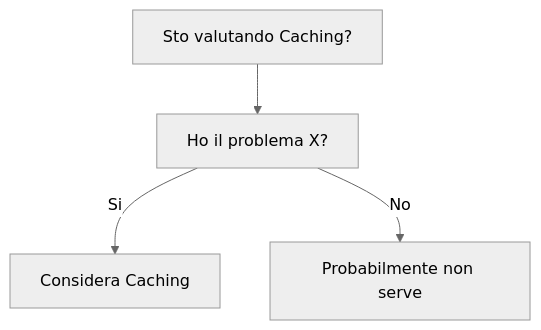
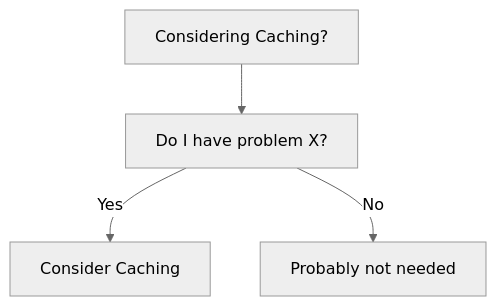
Before and after one commit to HxT9/Software-Dev-Wiki: the diagram in dev-wiki/11_Performance/Caching/When_To_Use.md, drawn with Mermaid (neutral theme). The commit also changed other lines of this file and 3444 other files, not shown here.

````diff
--- a/dev-wiki/11_Performance/Caching/When_To_Use.md
+++ b/dev-wiki/11_Performance/Caching/When_To_Use.md
@@ -19,6 +19,6 @@
 ```mermaid
 flowchart TD
-  Q[Sto valutando Caching?] --> Q1[Ho il problema X?]
-  Q1 -->|Si| OK[Considera Caching]
-  Q1 -->|No| NO[Probabilmente non serve]
+  Q[Considering Caching?] --> Q1[Do I have problem X?]
+  Q1 -->|Yes| OK[Consider Caching]
+  Q1 -->|No| NO[Probably not needed]
 ```
````
